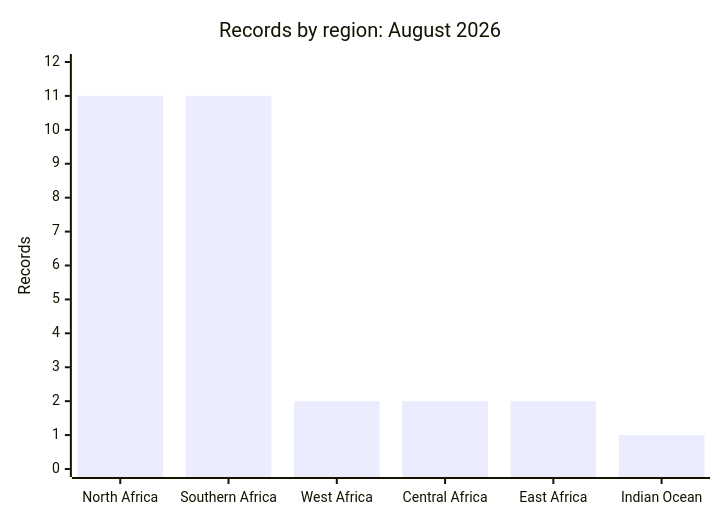
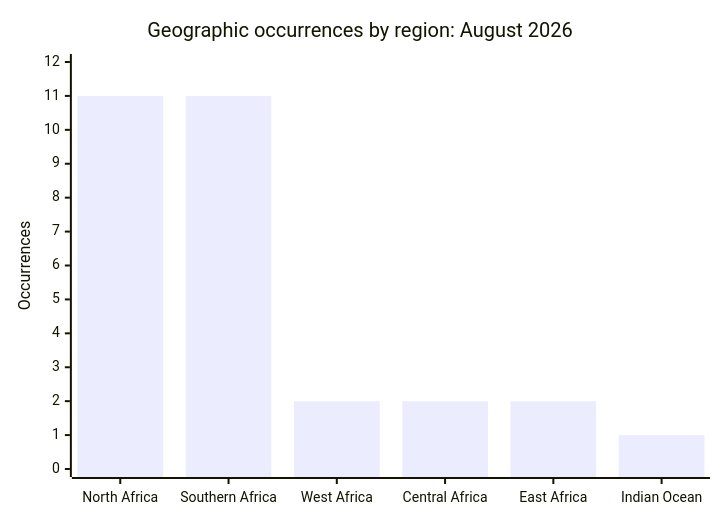
The sixth of 10 diagrams in CyberAttackAfrica/2026/08-august/README.md (Hatchepsoute/AFRINTEL), drawn with Mermaid before and after one commit. The commit also changed other lines of this file and 1 other file, not shown here.

````diff
--- a/CyberAttackAfrica/2026/08-august/README.md
+++ b/CyberAttackAfrica/2026/08-august/README.md
@@ -186,7 +223,7 @@
 ```mermaid
 xychart-beta
-    title "Records by region: August 2026"
+    title "Geographic occurrences by region: August 2026"
     x-axis ["North Africa", "Southern Africa", "West Africa", "Central Africa", "East Africa", "Indian Ocean"]
-    y-axis "Records" 0 --> 12
+    y-axis "Occurrences" 0 --> 12
     bar [11, 11, 2, 2, 2, 1]
 ```
````
